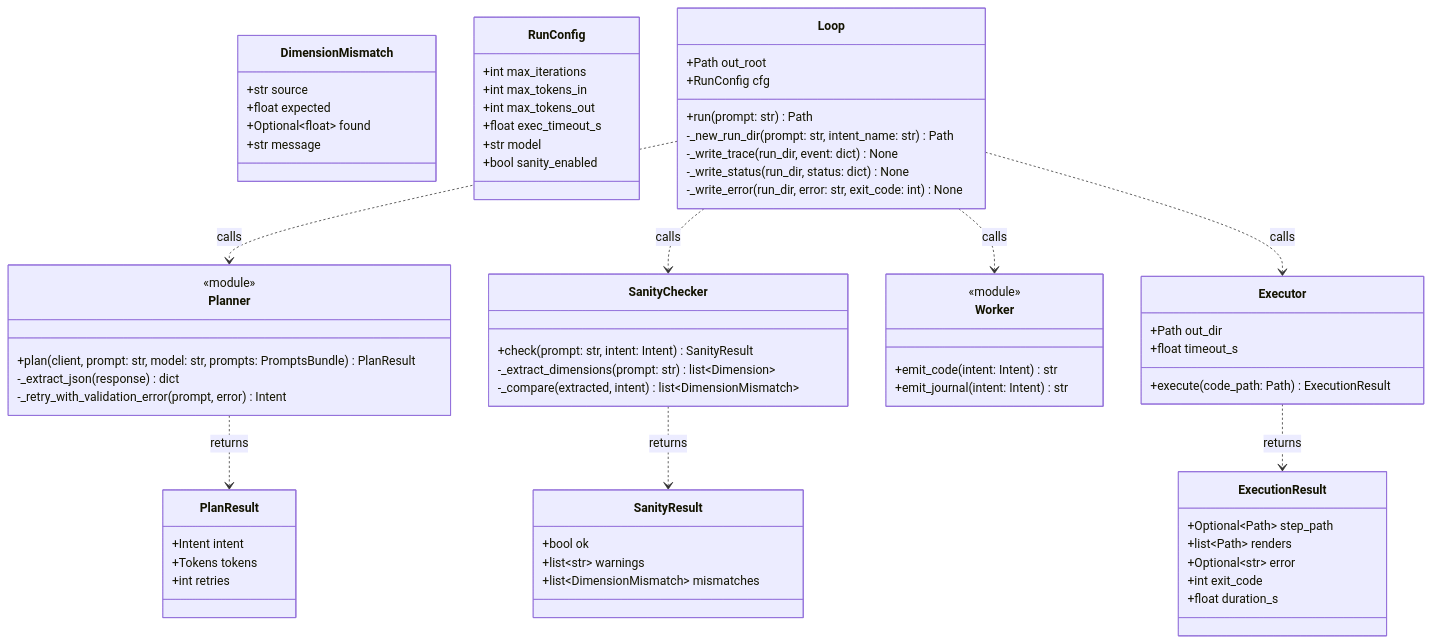
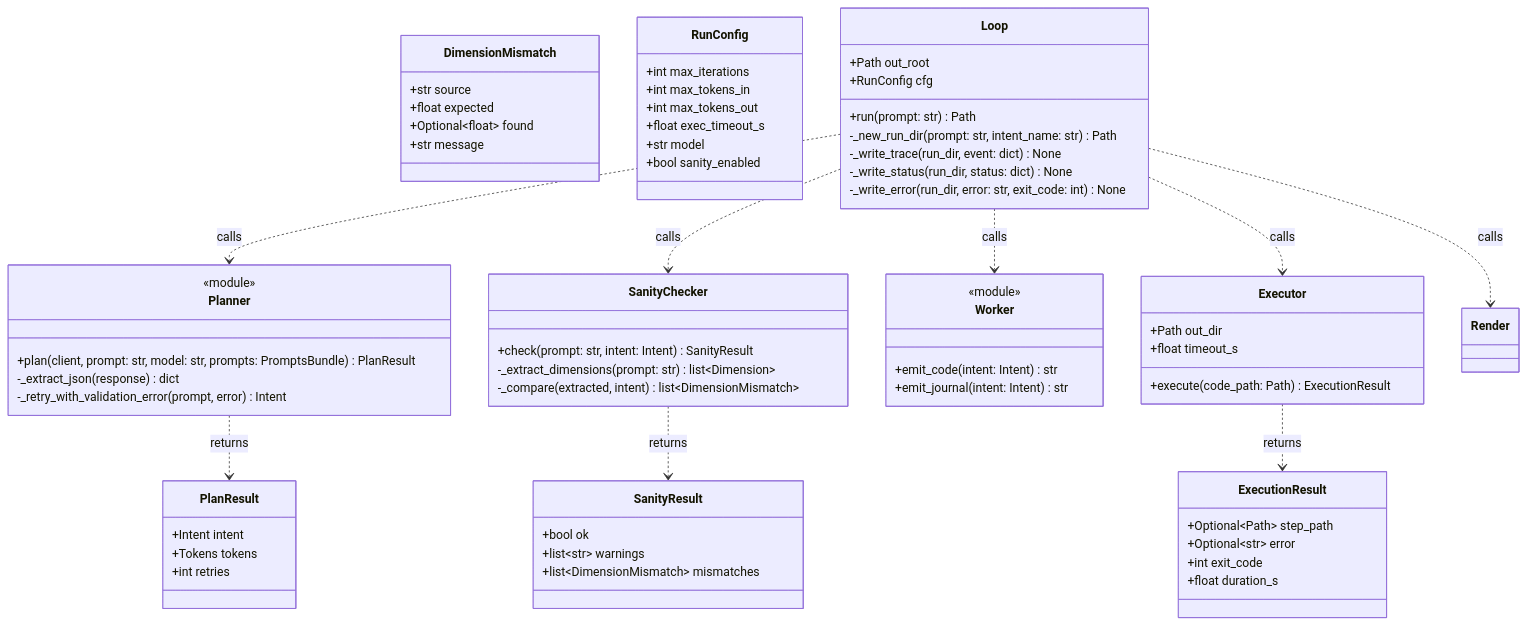
One commit to vandpaolo/touch changed the third of 5 diagrams in docs/02-classes.md. Above: the diagram before and after it, drawn with Mermaid. The commit also changed other lines of this file and 7 other files, not shown here.

````diff
--- a/docs/02-classes.md
+++ b/docs/02-classes.md
@@ -113,71 +113,71 @@
 ```mermaid
 classDiagram
     class PlanResult {
         +Intent intent
         +Tokens tokens
         +int retries
     }
     class Planner {
         <<module>>
         +plan(client, prompt: str, model: str, prompts: PromptsBundle) PlanResult
         -_extract_json(response) dict
         -_retry_with_validation_error(prompt, error) Intent
     }
     class SanityResult {
         +bool ok
         +list~str~ warnings
         +list~DimensionMismatch~ mismatches
     }
     class DimensionMismatch {
         +str source
         +float expected
         +Optional~float~ found
         +str message
     }
     class SanityChecker {
         +check(prompt: str, intent: Intent) SanityResult
         -_extract_dimensions(prompt: str) list~Dimension~
         -_compare(extracted, intent) list~DimensionMismatch~
     }
     class Worker {
         <<module>>
         +emit_code(intent: Intent) str
         +emit_journal(intent: Intent) str
     }
     class ExecutionResult {
         +Optional~Path~ step_path
-        +list~Path~ renders
         +Optional~str~ error
         +int exit_code
         +float duration_s
     }
     class Executor {
         +Path out_dir
         +float timeout_s
         +execute(code_path: Path) ExecutionResult
     }
     class RunConfig {
         +int max_iterations
         +int max_tokens_in
         +int max_tokens_out
         +float exec_timeout_s
         +str model
         +bool sanity_enabled
     }
     class Loop {
         +Path out_root
         +RunConfig cfg
         +run(prompt: str) Path
         -_new_run_dir(prompt: str, intent_name: str) Path
         -_write_trace(run_dir, event: dict) None
         -_write_status(run_dir, status: dict) None
         -_write_error(run_dir, error: str, exit_code: int) None
     }
     Planner ..> PlanResult : returns
     SanityChecker ..> SanityResult : returns
     Executor ..> ExecutionResult : returns
     Loop ..> Planner : calls
     Loop ..> SanityChecker : calls
     Loop ..> Worker : calls
     Loop ..> Executor : calls
+    Loop ..> Render : calls
 ```
````
